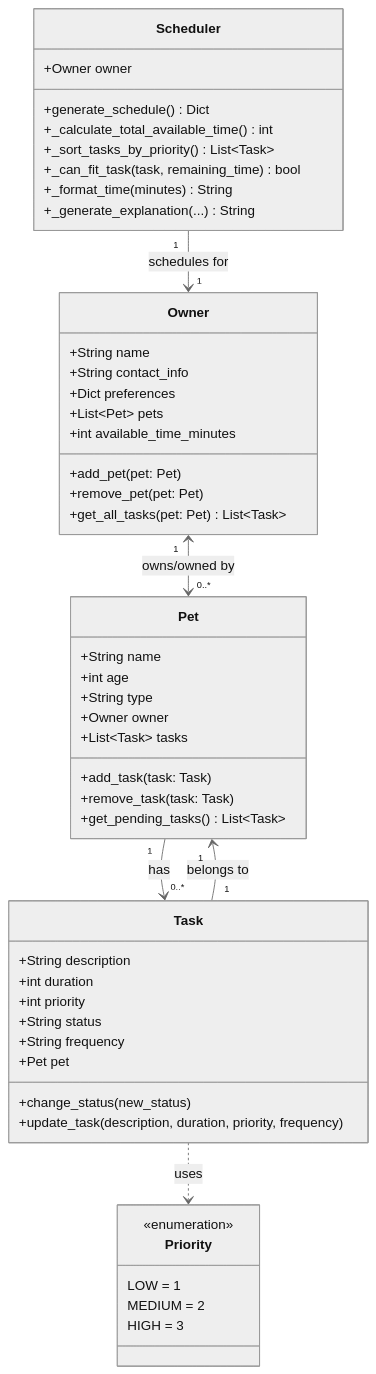
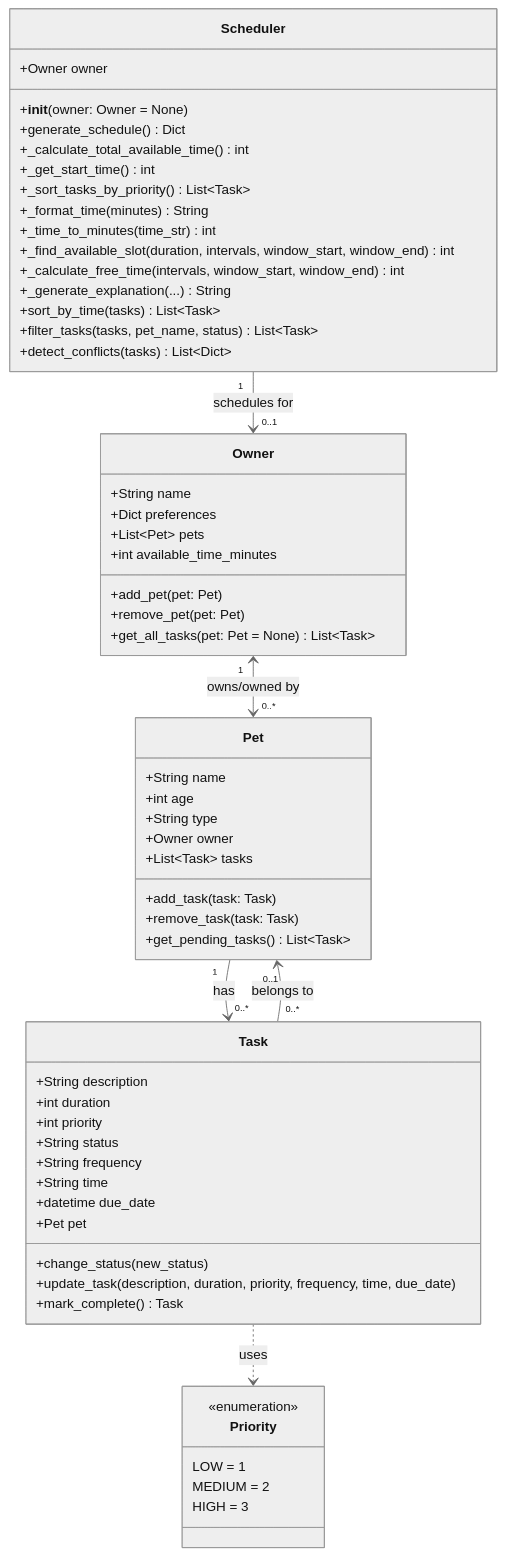
Before and after one commit to alexis-evans/ai110-module2show-pawpal-starter: the diagram in uml_diagram.md, drawn with Mermaid (neutral theme). The commit also changed 5 other files, not shown here.

````diff
--- a/uml_diagram.md
+++ b/uml_diagram.md
@@ -1,59 +1,68 @@
 ```mermaid
 classDiagram
     class Priority {
         <<enumeration>>
         LOW = 1
         MEDIUM = 2
         HIGH = 3
     }
 
     class Owner {
         +String name
-        +String contact_info
         +Dict preferences
         +List~Pet~ pets
         +int available_time_minutes
         +add_pet(pet: Pet)
         +remove_pet(pet: Pet)
-        +get_all_tasks(pet: Pet) List~Task~
+        +get_all_tasks(pet: Pet = None) List~Task~
     }
 
     class Pet {
         +String name
         +int age
         +String type
         +Owner owner
         +List~Task~ tasks
         +add_task(task: Task)
         +remove_task(task: Task)
         +get_pending_tasks() List~Task~
     }
 
     class Task {
         +String description
         +int duration
         +int priority
         +String status
         +String frequency
+        +String time
+        +datetime due_date
         +Pet pet
         +change_status(new_status)
-        +update_task(description, duration, priority, frequency)
+        +update_task(description, duration, priority, frequency, time, due_date)
+        +mark_complete() Task
     }
 
     class Scheduler {
         +Owner owner
+        +__init__(owner: Owner = None)
         +generate_schedule() Dict
         +_calculate_total_available_time() int
+        +_get_start_time() int
         +_sort_tasks_by_priority() List~Task~
-        +_can_fit_task(task, remaining_time) bool
         +_format_time(minutes) String
+        +_time_to_minutes(time_str) int
+        +_find_available_slot(duration, intervals, window_start, window_end) int
+        +_calculate_free_time(intervals, window_start, window_end) int
         +_generate_explanation(...) String
+        +sort_by_time(tasks) List~Task~
+        +filter_tasks(tasks, pet_name, status) List~Task~
+        +detect_conflicts(tasks) List~Dict~
     }
 
     %% Relationships
     Owner "1" <--> "0..*" Pet : owns/owned by
     Pet "1" --> "0..*" Task : has
-    Task "1" --> "1" Pet : belongs to
+    Task "0..*" --> "0..1" Pet : belongs to
     Task ..> Priority : uses
-    Scheduler "1" --> "1" Owner : schedules for
+    Scheduler "1" --> "0..1" Owner : schedules for
 ```
````
